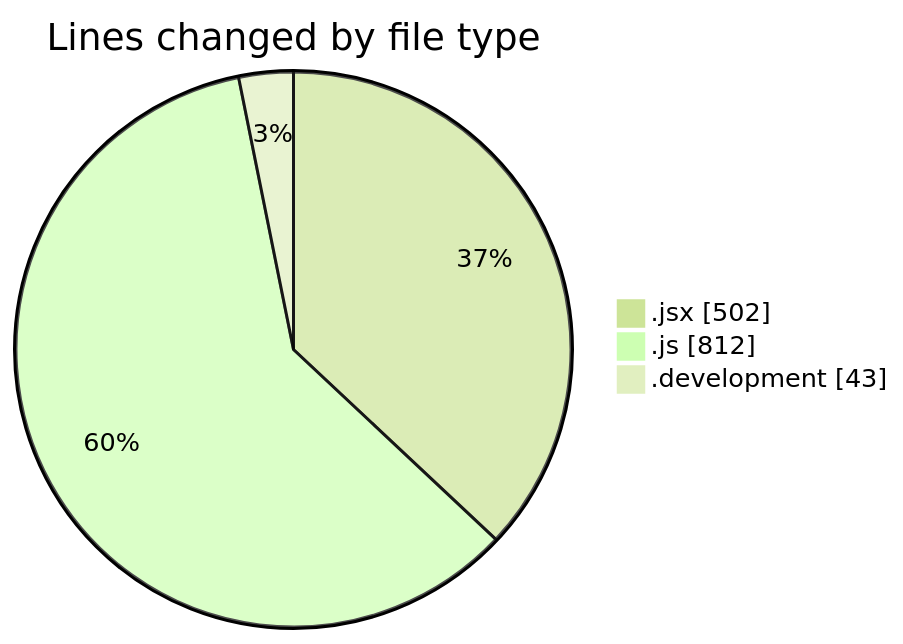
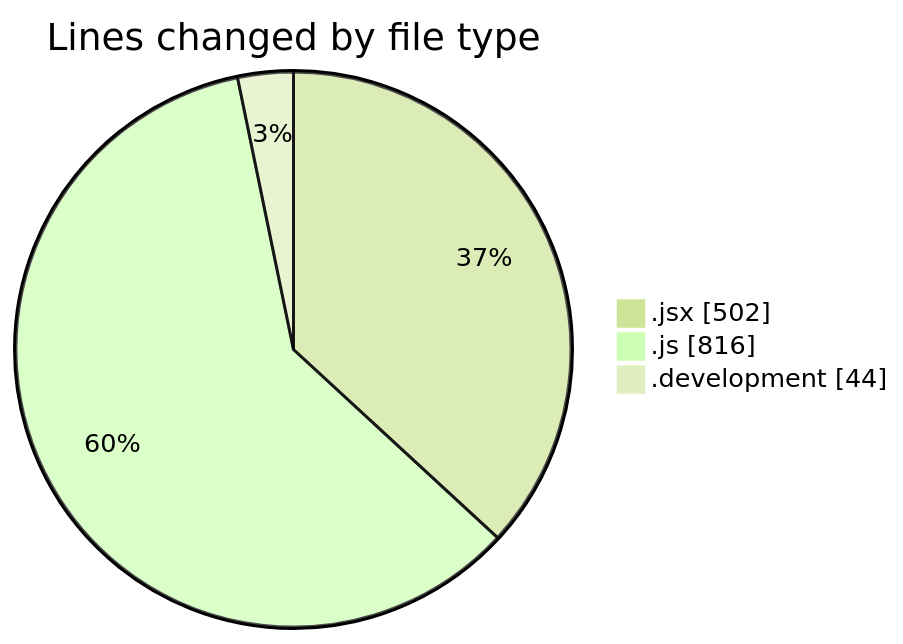
The first of 2 diagrams in 2025-12-02/nxtqube_webapp/README.md (nxtqubesakshisongat/code-tracking), drawn with Mermaid (forest theme) before and after one commit. The commit also changed other lines of this file and 1 other file, not shown here.

````diff
--- a/2025-12-02/nxtqube_webapp/README.md
+++ b/2025-12-02/nxtqube_webapp/README.md
@@ -25,7 +25,7 @@
 ```mermaid
 pie showData
 title Lines changed by file type
 ".jsx" : 502
-".js" : 812
-".development" : 43
+".js" : 816
+".development" : 44
 ```
````
